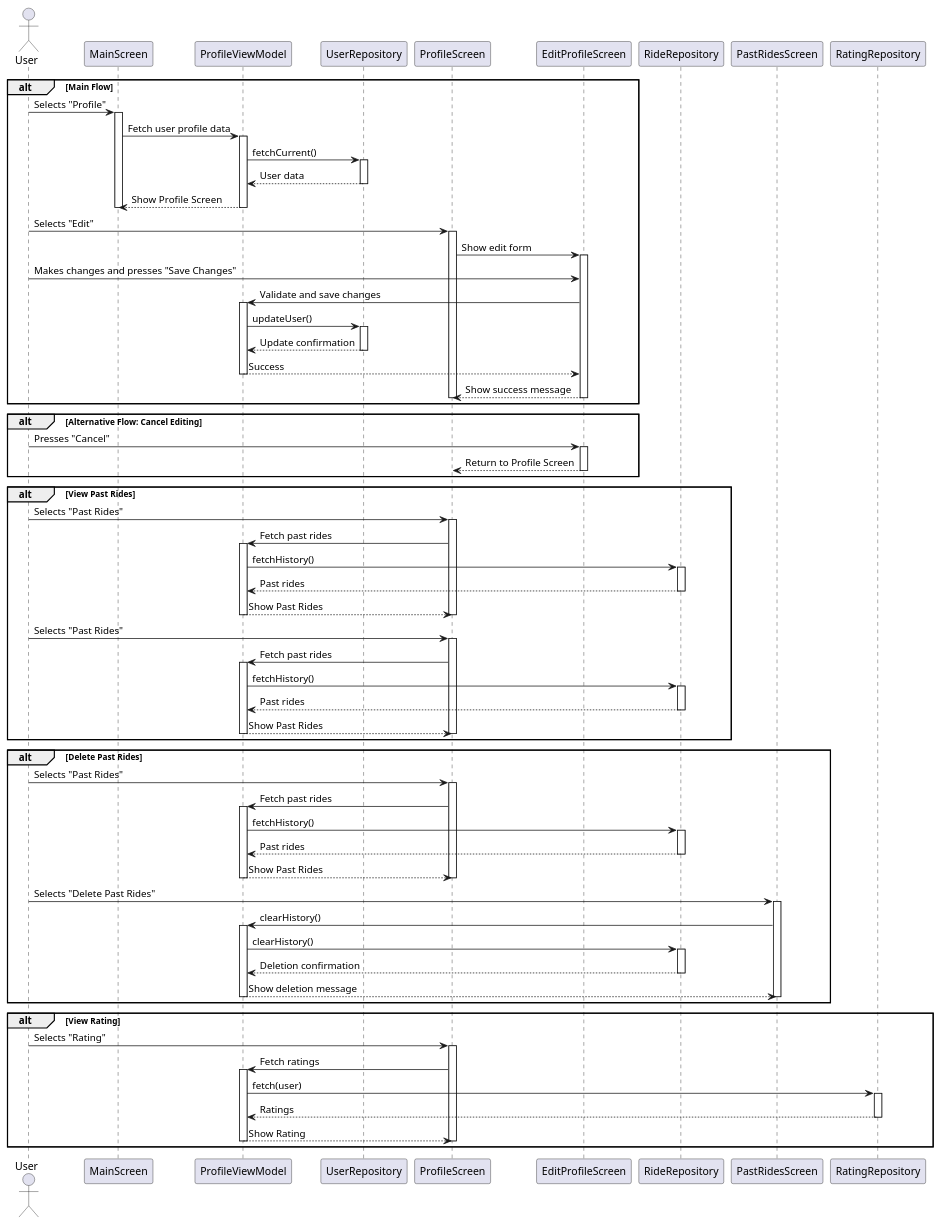
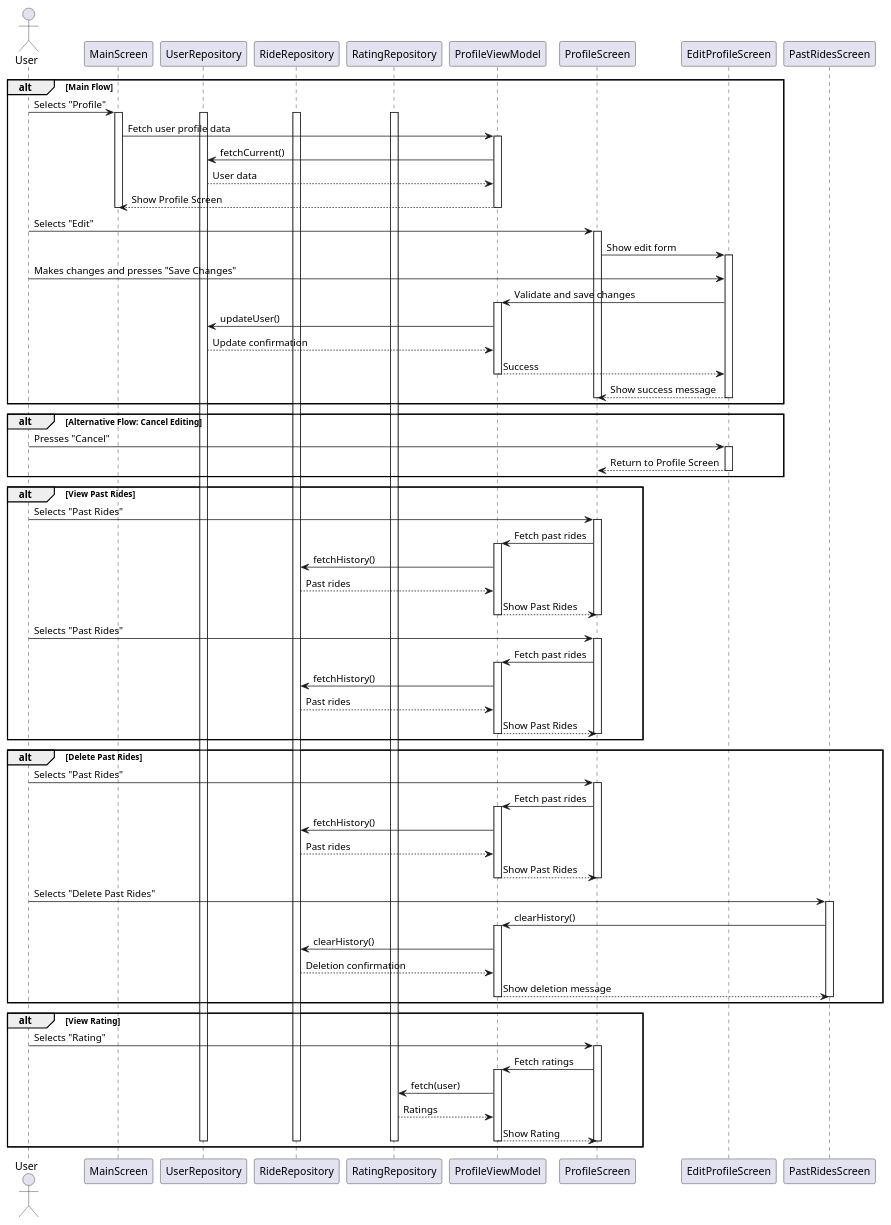
Before and after one commit to YannisRavasopoulos/ProjectSD_S6: the diagram in reports/sequence/manage-profile-sequence-new.plantuml, drawn with PlantUML.

Commit message:
manage profile sequence

```diff
--- a/reports/sequence/manage-profile-sequence-new.plantuml
+++ b/reports/sequence/manage-profile-sequence-new.plantuml
@@ -1,105 +1,97 @@
 @startuml Manage-Profile-Sequence
 
 actor User
 
 alt Main Flow
     User -> MainScreen : Selects "Profile"
     activate MainScreen
+    activate UserRepository
+    activate RideRepository
+    activate RatingRepository
     MainScreen -> ProfileViewModel : Fetch user profile data
     activate ProfileViewModel
     ProfileViewModel -> UserRepository : fetchCurrent()
-    activate UserRepository
     UserRepository --> ProfileViewModel : User data
-    deactivate UserRepository
     ProfileViewModel --> MainScreen : Show Profile Screen
     deactivate ProfileViewModel
     deactivate MainScreen
     User -> ProfileScreen : Selects "Edit"
     activate ProfileScreen
     ProfileScreen -> EditProfileScreen : Show edit form
     activate EditProfileScreen
     User -> EditProfileScreen : Makes changes and presses "Save Changes"
     EditProfileScreen -> ProfileViewModel : Validate and save changes
     activate ProfileViewModel
     ProfileViewModel -> UserRepository : updateUser()
-    activate UserRepository
     UserRepository --> ProfileViewModel : Update confirmation
-    deactivate UserRepository
     ProfileViewModel --> EditProfileScreen : Success
     deactivate ProfileViewModel
     EditProfileScreen --> ProfileScreen : Show success message
     deactivate EditProfileScreen
     deactivate ProfileScreen
 end
 
 alt Alternative Flow: Cancel Editing
     User -> EditProfileScreen : Presses "Cancel"
     activate EditProfileScreen
     EditProfileScreen --> ProfileScreen : Return to Profile Screen
     deactivate EditProfileScreen
 end
 
 alt View Past Rides
     User -> ProfileScreen : Selects "Past Rides"
     activate ProfileScreen
     ProfileScreen -> ProfileViewModel : Fetch past rides
     activate ProfileViewModel
     ProfileViewModel -> RideRepository : fetchHistory()
-    activate RideRepository
     RideRepository --> ProfileViewModel : Past rides
-    deactivate RideRepository
     ProfileViewModel --> ProfileScreen : Show Past Rides
     deactivate ProfileViewModel
     deactivate ProfileScreen
     User -> ProfileScreen : Selects "Past Rides"
     activate ProfileScreen
     ProfileScreen -> ProfileViewModel : Fetch past rides
     activate ProfileViewModel
     ProfileViewModel -> RideRepository : fetchHistory()
-    activate RideRepository
     RideRepository --> ProfileViewModel : Past rides
-    deactivate RideRepository
     ProfileViewModel --> ProfileScreen : Show Past Rides
     deactivate ProfileViewModel
     deactivate ProfileScreen
 end
 
 alt Delete Past Rides 
     User -> ProfileScreen : Selects "Past Rides"
     activate ProfileScreen
     ProfileScreen -> ProfileViewModel : Fetch past rides
     activate ProfileViewModel
     ProfileViewModel -> RideRepository : fetchHistory()
-    activate RideRepository
     RideRepository --> ProfileViewModel : Past rides
-    deactivate RideRepository
     ProfileViewModel --> ProfileScreen : Show Past Rides
     deactivate ProfileViewModel
     deactivate ProfileScreen
     User -> PastRidesScreen : Selects "Delete Past Rides"
     activate PastRidesScreen
     PastRidesScreen -> ProfileViewModel : clearHistory()
     activate ProfileViewModel
     ProfileViewModel -> RideRepository : clearHistory()
-    activate RideRepository
     RideRepository --> ProfileViewModel : Deletion confirmation
-    deactivate RideRepository
     ProfileViewModel --> PastRidesScreen : Show deletion message
     deactivate ProfileViewModel
     deactivate PastRidesScreen
 end
 
 alt View Rating 
     User -> ProfileScreen : Selects "Rating"
     activate ProfileScreen
     ProfileScreen -> ProfileViewModel : Fetch ratings
     activate ProfileViewModel
     ProfileViewModel -> RatingRepository : fetch(user)
-    activate RatingRepository
     RatingRepository --> ProfileViewModel : Ratings
-    deactivate RatingRepository
     ProfileViewModel --> ProfileScreen : Show Rating
     deactivate ProfileViewModel
     deactivate ProfileScreen
+    deactivate UserRepository
+    deactivate RatingRepository
+    deactivate RideRepository
 end
 @enduml
```
